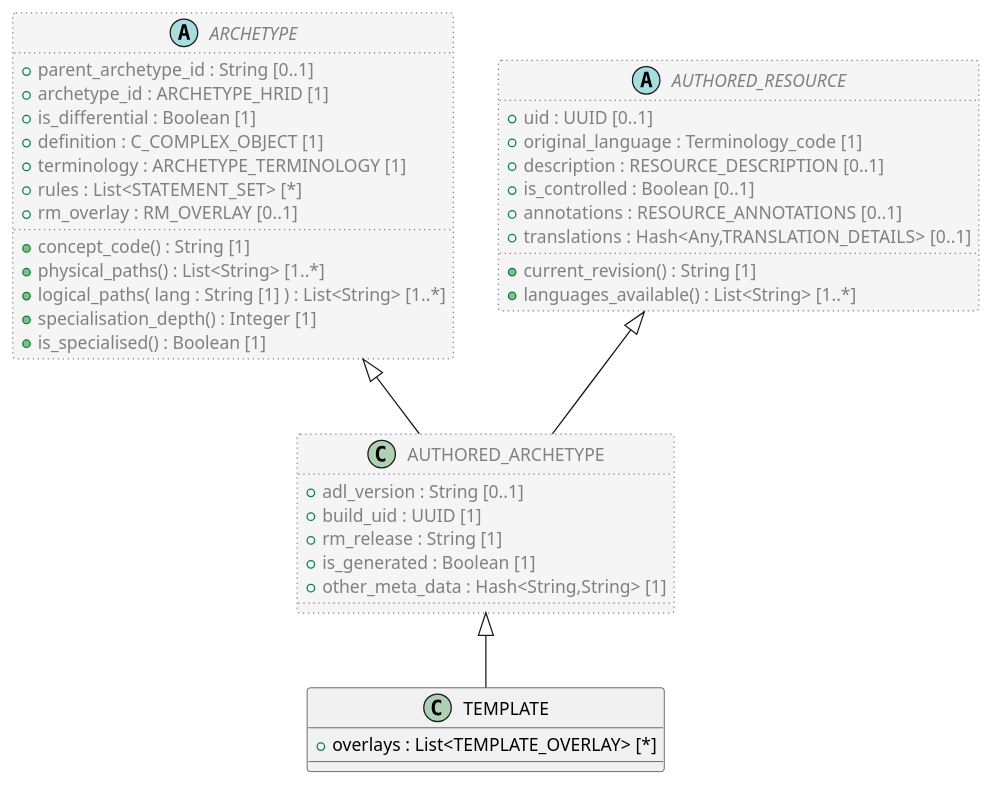
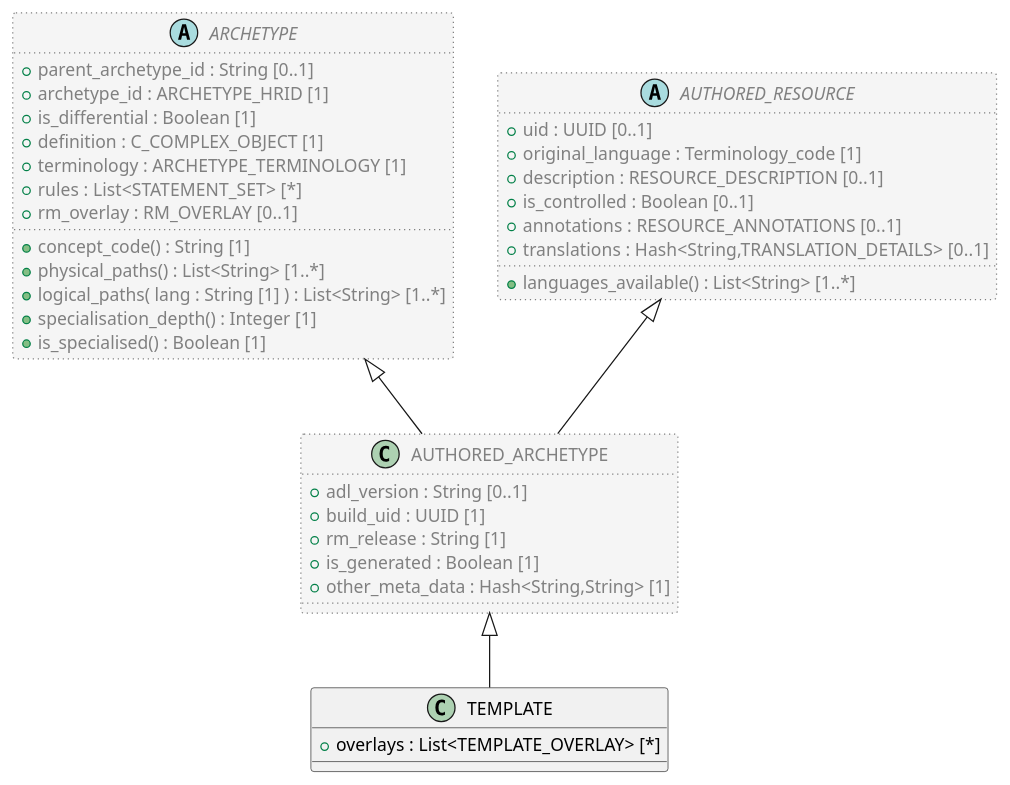
Before and after one commit to sebastian-iancu/code-generator: the diagram in code/Adoc/openehr_am_2.4.0/plantUML/classes/aom2.template.adoc, drawn with PlantUML. The commit also changed 421 other files, not shown here.

```diff
--- a/code/Adoc/openehr_am_2.4.0/plantUML/classes/aom2.template.adoc
+++ b/code/Adoc/openehr_am_2.4.0/plantUML/classes/aom2.template.adoc
@@ -1,51 +1,50 @@
 [plantuml,TEMPLATE,format=svg]
 -----
 @startuml
 
 class TEMPLATE {
   + overlays : List<TEMPLATE_OVERLAY> [*]
 }
 
 class AUTHORED_ARCHETYPE  #whitesmoke;line:gray;line.dotted;text:gray {
   + adl_version : String [0..1]
   + build_uid : UUID [1]
   + rm_release : String [1]
   + is_generated : Boolean [1]
   + other_meta_data : Hash<String,String> [1]
 }
 
 abstract class ARCHETYPE  #whitesmoke;line:gray;line.dotted;text:gray {
   + parent_archetype_id : String [0..1]
   + archetype_id : ARCHETYPE_HRID [1]
   + is_differential : Boolean [1]
   + definition : C_COMPLEX_OBJECT [1]
   + terminology : ARCHETYPE_TERMINOLOGY [1]
   + rules : List<STATEMENT_SET> [*]
   + rm_overlay : RM_OVERLAY [0..1]
   + concept_code() : String [1]
   + physical_paths() : List<String> [1..*]
   + logical_paths( lang : String [1] ) : List<String> [1..*]
   + specialisation_depth() : Integer [1]
   + is_specialised() : Boolean [1]
 }
 
 ARCHETYPE <|-- AUTHORED_ARCHETYPE
 
 abstract class AUTHORED_RESOURCE  #whitesmoke;line:gray;line.dotted;text:gray {
   + uid : UUID [0..1]
   + original_language : Terminology_code [1]
   + description : RESOURCE_DESCRIPTION [0..1]
   + is_controlled : Boolean [0..1]
   + annotations : RESOURCE_ANNOTATIONS [0..1]
-  + translations : Hash<Any,TRANSLATION_DETAILS> [0..1]
-  + current_revision() : String [1]
+  + translations : Hash<String,TRANSLATION_DETAILS> [0..1]
   + languages_available() : List<String> [1..*]
 }
 
 AUTHORED_RESOURCE <|-- AUTHORED_ARCHETYPE
 
 AUTHORED_ARCHETYPE <|-- TEMPLATE
 
 
 @enduml
 -----
```
